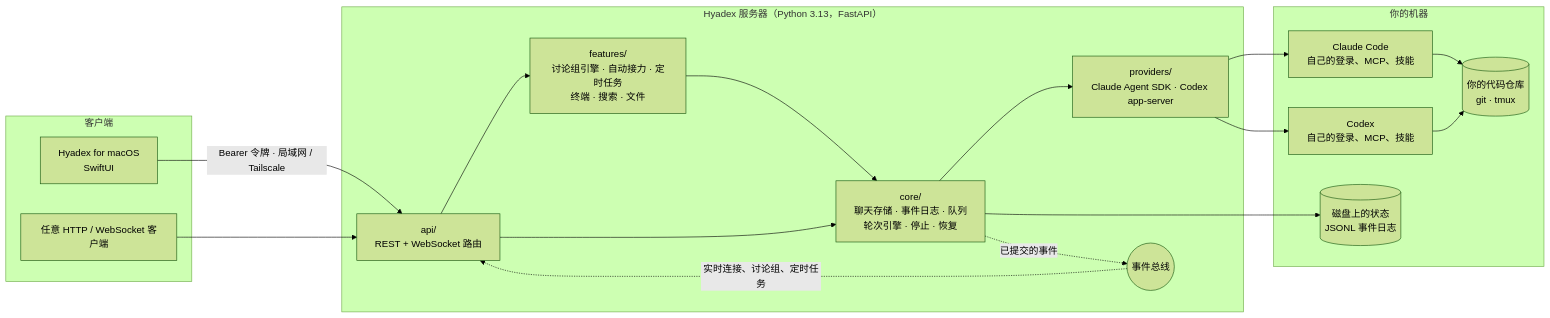
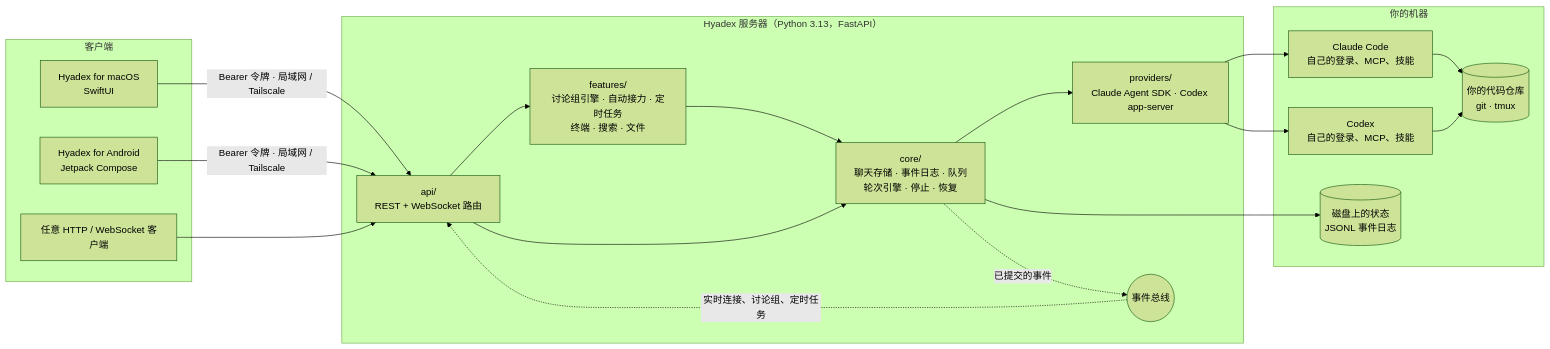
Before and after one commit to ezoiHY/Hyadex: the diagram in README.zh-CN.md, drawn with Mermaid (forest theme). The commit also changed other lines of this file and 58 other files, not shown here.

````diff
--- a/README.zh-CN.md
+++ b/README.zh-CN.md
@@ -89,32 +89,34 @@
 ```mermaid
 flowchart LR
     subgraph 客户端
         Mac["Hyadex for macOS<br/>SwiftUI"]
+        Android["Hyadex for Android<br/>Jetpack Compose"]
         Other["任意 HTTP / WebSocket 客户端"]
     end
 
     subgraph Server["Hyadex 服务器（Python 3.13，FastAPI）"]
         API["api/<br/>REST + WebSocket 路由"]
         Features["features/<br/>讨论组引擎 · 自动接力 · 定时任务<br/>终端 · 搜索 · 文件"]
         Core["core/<br/>聊天存储 · 事件日志 · 队列<br/>轮次引擎 · 停止 · 恢复"]
         Providers["providers/<br/>Claude Agent SDK · Codex app-server"]
         Bus(("事件总线"))
     end
 
     subgraph Machine["你的机器"]
         Claude["Claude Code<br/>自己的登录、MCP、技能"]
         Codex["Codex<br/>自己的登录、MCP、技能"]
         Disk[("磁盘上的状态<br/>JSONL 事件日志")]
         Repo[("你的代码仓库<br/>git · tmux")]
     end
 
     Mac -- "Bearer 令牌 · 局域网 / Tailscale" --> API
+    Android -- "Bearer 令牌 · 局域网 / Tailscale" --> API
     Other --> API
     API --> Features --> Core --> Providers
     API --> Core
     Providers --> Claude & Codex
     Core --> Disk
     Core -. "已提交的事件" .-> Bus
     Bus -. "实时连接、讨论组、定时任务" .-> API
     Claude & Codex --> Repo
 ```
````
